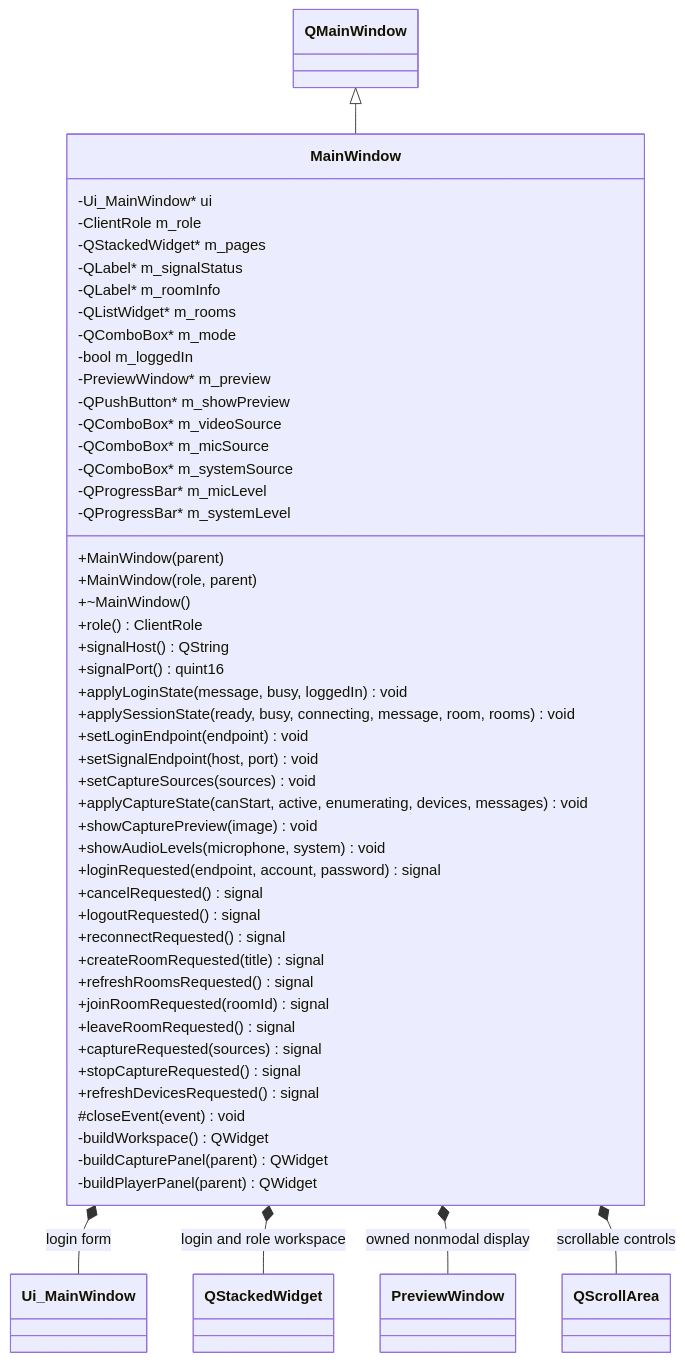
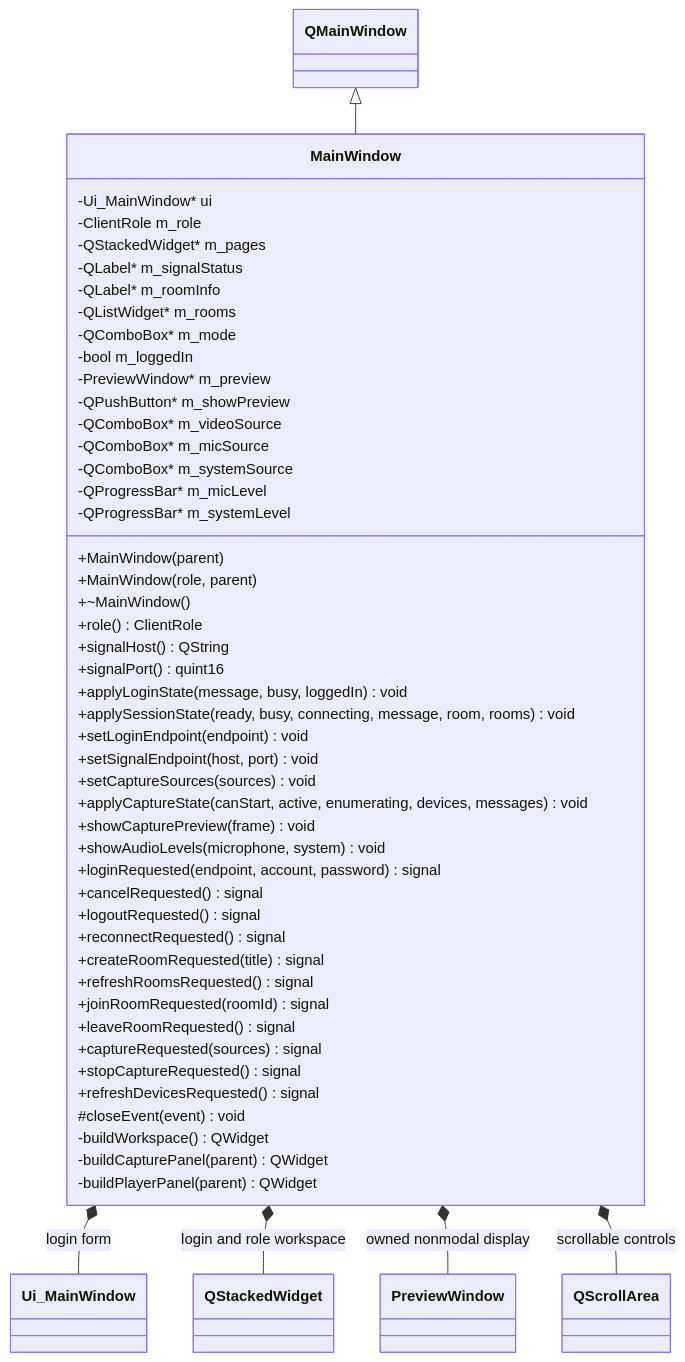
The diagram in docs/uml/MainWindow.mmd (kingsman-svg/OBS), drawn with Mermaid before and after one commit. The commit also changed 59 other files, not shown here.

Commit message:
feat: render capture preview with D3D11 swap chain

```diff
--- a/docs/uml/MainWindow.mmd
+++ b/docs/uml/MainWindow.mmd
@@ -1,52 +1,52 @@
 classDiagram
 class MainWindow {
   -Ui_MainWindow* ui
   -ClientRole m_role
   -QStackedWidget* m_pages
   -QLabel* m_signalStatus
   -QLabel* m_roomInfo
   -QListWidget* m_rooms
   -QComboBox* m_mode
   -bool m_loggedIn
   -PreviewWindow* m_preview
   -QPushButton* m_showPreview
   -QComboBox* m_videoSource
   -QComboBox* m_micSource
   -QComboBox* m_systemSource
   -QProgressBar* m_micLevel
   -QProgressBar* m_systemLevel
   +MainWindow(parent)
   +MainWindow(role, parent)
   +~MainWindow()
   +role() ClientRole
   +signalHost() QString
   +signalPort() quint16
   +applyLoginState(message, busy, loggedIn) void
   +applySessionState(ready, busy, connecting, message, room, rooms) void
   +setLoginEndpoint(endpoint) void
   +setSignalEndpoint(host, port) void
   +setCaptureSources(sources) void
   +applyCaptureState(canStart, active, enumerating, devices, messages) void
-  +showCapturePreview(image) void
+  +showCapturePreview(frame) void
   +showAudioLevels(microphone, system) void
   +loginRequested(endpoint, account, password) signal
   +cancelRequested() signal
   +logoutRequested() signal
   +reconnectRequested() signal
   +createRoomRequested(title) signal
   +refreshRoomsRequested() signal
   +joinRoomRequested(roomId) signal
   +leaveRoomRequested() signal
   +captureRequested(sources) signal
   +stopCaptureRequested() signal
   +refreshDevicesRequested() signal
   #closeEvent(event) void
   -buildWorkspace() QWidget
   -buildCapturePanel(parent) QWidget
   -buildPlayerPanel(parent) QWidget
 }
 QMainWindow <|-- MainWindow
 MainWindow *-- Ui_MainWindow : login form
 MainWindow *-- QStackedWidget : login and role workspace
 MainWindow *-- PreviewWindow : owned nonmodal display
 MainWindow *-- QScrollArea : scrollable controls
```
